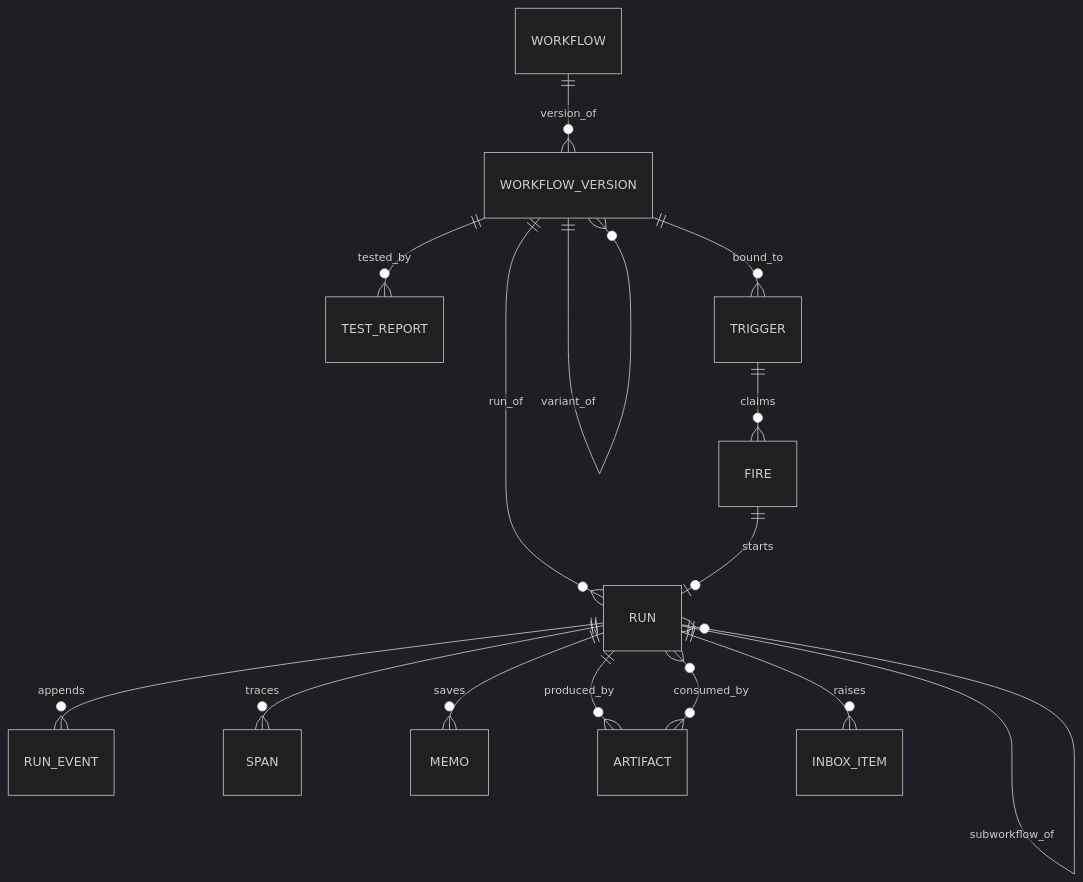
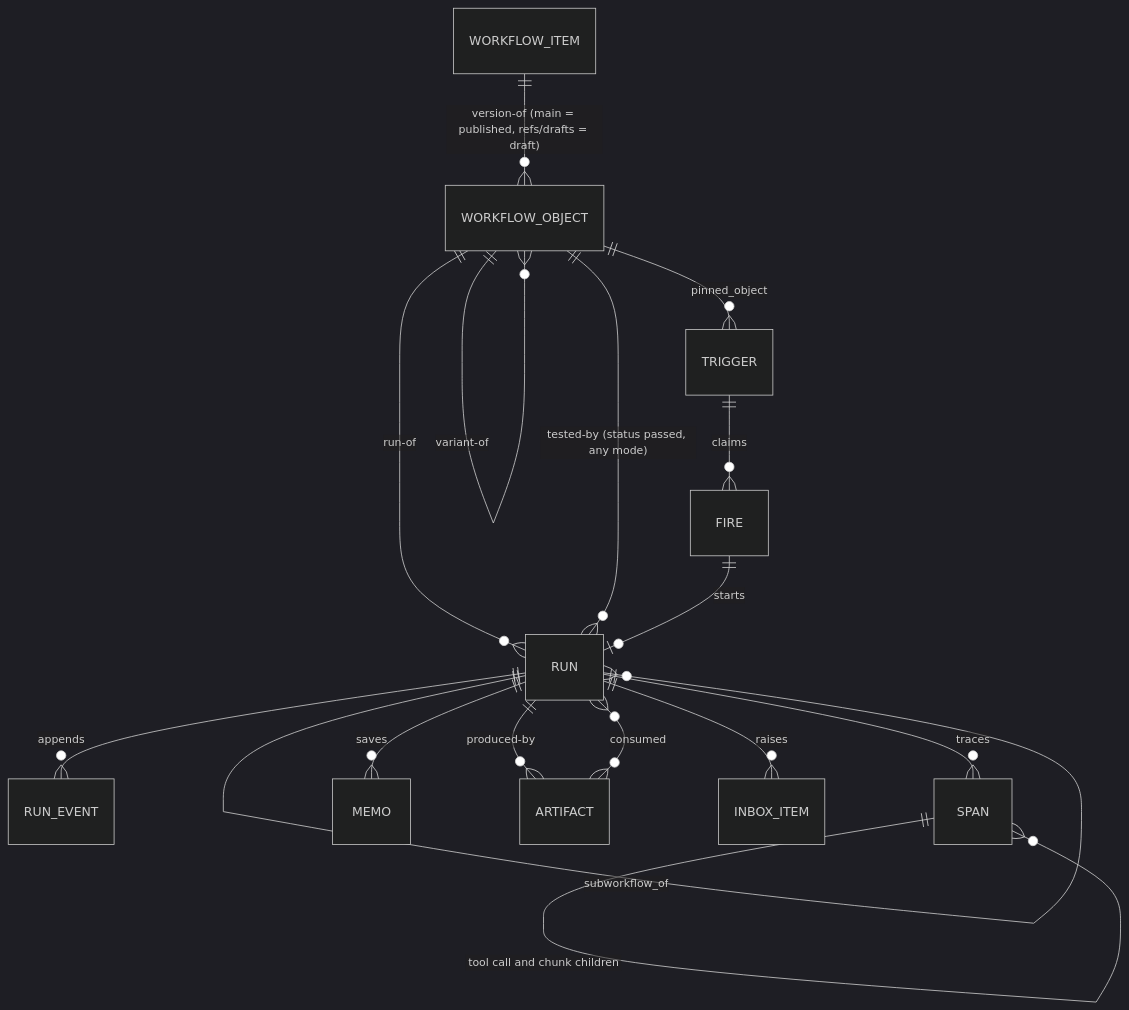
One commit to mubarakhimself-byte/QMX changed the fourth of 4 diagrams in tracker/qma-v2/architecture/workflow-engine/ARCHITECTURE-SPINE.md. Above: the diagram before and after it, drawn with Mermaid (dark theme). The commit also changed other lines of this file and 162 other files, not shown here.

Commit message:
QMA v2 engine program: ENGINE-PLAN + PROMPT-ENGINE (20 PRs, check-plan 0), architectures amended via 27b/27c/27d, Wayfinder rewrite, drafts archived, rulings 1-88

````diff
--- a/tracker/qma-v2/architecture/workflow-engine/ARCHITECTURE-SPINE.md
+++ b/tracker/qma-v2/architecture/workflow-engine/ARCHITECTURE-SPINE.md
@@ -355,17 +370,18 @@
 ```mermaid
 erDiagram
-  WORKFLOW ||--o{ WORKFLOW_VERSION : version_of
-  WORKFLOW_VERSION ||--o{ WORKFLOW_VERSION : variant_of
-  WORKFLOW_VERSION ||--o{ RUN : run_of
-  WORKFLOW_VERSION ||--o{ TEST_REPORT : tested_by
-  WORKFLOW_VERSION ||--o{ TRIGGER : bound_to
+  WORKFLOW_ITEM ||--o{ WORKFLOW_OBJECT : "version-of (main = published, refs/drafts = draft)"
+  WORKFLOW_OBJECT ||--o{ WORKFLOW_OBJECT : "variant-of"
+  WORKFLOW_OBJECT ||--o{ RUN : "run-of"
+  WORKFLOW_OBJECT ||--o{ RUN : "tested-by (status passed, any mode)"
+  WORKFLOW_OBJECT ||--o{ TRIGGER : "pinned_object"
   RUN ||--o{ RUN_EVENT : appends
   RUN ||--o{ SPAN : traces
+  SPAN ||--o{ SPAN : "tool call and chunk children"
   RUN ||--o{ MEMO : saves
-  RUN ||--o{ ARTIFACT : produced_by
+  RUN ||--o{ ARTIFACT : "produced-by"
   RUN ||--o{ INBOX_ITEM : raises
-  RUN }o--o{ ARTIFACT : consumed_by
+  RUN }o--o{ ARTIFACT : consumed
   RUN ||--o{ RUN : subworkflow_of
   TRIGGER ||--o{ FIRE : claims
   FIRE ||--o| RUN : starts
 ```
````
